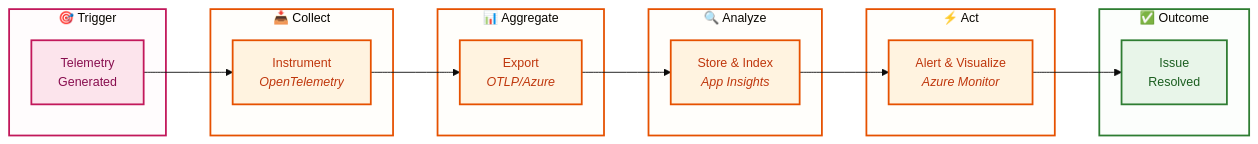
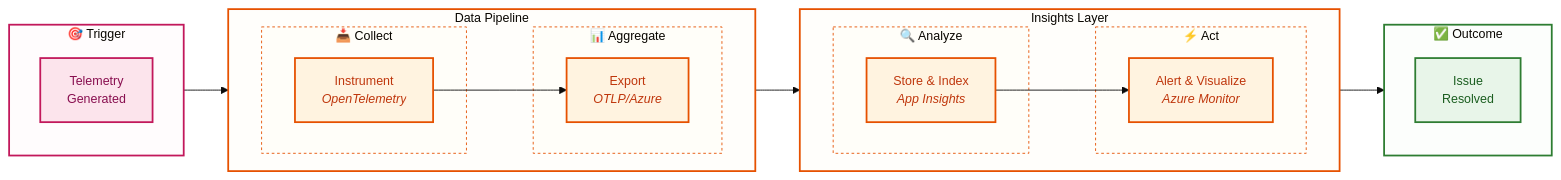
Before and after one commit to Evilazaro/Azure-LogicApps-Monitoring: the third of 4 diagrams in docs/architecture/01-business-architecture.md, drawn with Mermaid. The commit also changed other lines of this file, not shown here.

Commit message:
Refactor business architecture diagrams with improved subgraph organization for clearer capability grouping and visual clarity

````diff
--- a/docs/architecture/01-business-architecture.md
+++ b/docs/architecture/01-business-architecture.md
@@ -182,46 +213,54 @@
 ```mermaid
 %%{init: {'theme': 'base', 'themeVariables': { 'fontSize': '14px'}}}%%
 flowchart LR
     subgraph Trigger["🎯 Trigger"]
+        direction TB
         T1["Telemetry<br/>Generated"]
     end
 
-    subgraph Collect["📥 Collect"]
-        S1["Instrument<br/><i>OpenTelemetry</i>"]
+    subgraph DataPipeline["Data Pipeline"]
+        direction LR
+        subgraph Collect["📥 Collect"]
+            S1["Instrument<br/><i>OpenTelemetry</i>"]
+        end
+        subgraph Aggregate["📊 Aggregate"]
+            S2["Export<br/><i>OTLP/Azure</i>"]
+        end
     end
 
-    subgraph Aggregate["📊 Aggregate"]
-        S2["Export<br/><i>OTLP/Azure</i>"]
-    end
-
-    subgraph Analyze["🔍 Analyze"]
-        S3["Store & Index<br/><i>App Insights</i>"]
-    end
-
-    subgraph Act["⚡ Act"]
-        S4["Alert & Visualize<br/><i>Azure Monitor</i>"]
+    subgraph InsightsLayer["Insights Layer"]
+        direction LR
+        subgraph Analyze["🔍 Analyze"]
+            S3["Store & Index<br/><i>App Insights</i>"]
+        end
+        subgraph Act["⚡ Act"]
+            S4["Alert & Visualize<br/><i>Azure Monitor</i>"]
+        end
     end
 
     subgraph Outcome["✅ Outcome"]
+        direction TB
         O1["Issue<br/>Resolved"]
     end
 
     T1 --> S1 --> S2 --> S3 --> S4 --> O1
 
     %% Accessible color palette with clear visual progression
     classDef trigger fill:#fce4ec,stroke:#c2185b,stroke-width:2px,color:#880e4f
     classDef stage fill:#fff3e0,stroke:#e65100,stroke-width:2px,color:#bf360c
     classDef outcome fill:#e8f5e9,stroke:#2e7d32,stroke-width:2px,color:#1b5e20
 
     class T1 trigger
     class S1,S2,S3,S4 stage
     class O1 outcome
 
     %% Subgraph container styling for visual phase grouping
     style Trigger fill:#fce4ec22,stroke:#c2185b,stroke-width:2px
-    style Collect fill:#fff3e022,stroke:#e65100,stroke-width:2px
-    style Aggregate fill:#fff3e022,stroke:#e65100,stroke-width:2px
-    style Analyze fill:#fff3e022,stroke:#e65100,stroke-width:2px
-    style Act fill:#fff3e022,stroke:#e65100,stroke-width:2px
+    style DataPipeline fill:#fff3e022,stroke:#e65100,stroke-width:2px
+    style InsightsLayer fill:#fff3e022,stroke:#e65100,stroke-width:2px
     style Outcome fill:#e8f5e922,stroke:#2e7d32,stroke-width:2px
+    style Collect fill:#fff3e011,stroke:#e65100,stroke-width:1px,stroke-dasharray:3
+    style Aggregate fill:#fff3e011,stroke:#e65100,stroke-width:1px,stroke-dasharray:3
+    style Analyze fill:#fff3e011,stroke:#e65100,stroke-width:1px,stroke-dasharray:3
+    style Act fill:#fff3e011,stroke:#e65100,stroke-width:1px,stroke-dasharray:3
 ```
````
